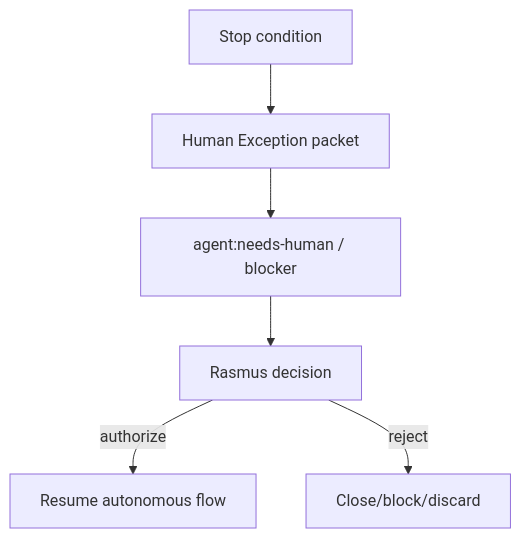
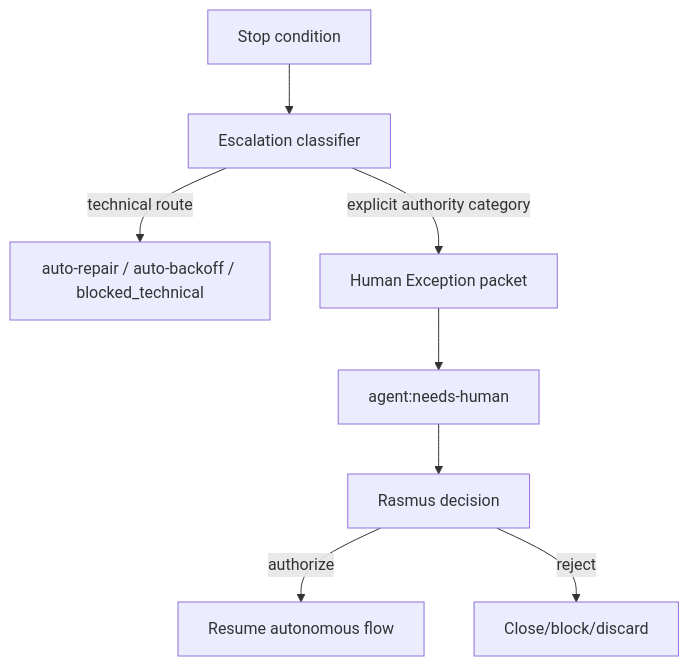
Before and after one commit to RasmusTho/agentic-pkm-mvp: diagram 23 of 23 in docs/development/BUILDER_SYSTEM_PROCESS_MAP.md, drawn with Mermaid. The commit also changed other lines of this file and 2 other files, not shown here.

Commit message:
Classify technical review stops before escalation

````diff
--- a/docs/development/BUILDER_SYSTEM_PROCESS_MAP.md
+++ b/docs/development/BUILDER_SYSTEM_PROCESS_MAP.md
@@ -815,8 +821,10 @@
 ```mermaid
 flowchart TD
-  Stop["Stop condition"] --> Packet["Human Exception packet"]
-  Packet --> Label["agent:needs-human / blocker"]
+  Stop["Stop condition"] --> Triage["Escalation classifier"]
+  Triage -->|technical route| Recover["auto-repair / auto-backoff / blocked_technical"]
+  Triage -->|explicit authority category| Packet["Human Exception packet"]
+  Packet --> Label["agent:needs-human"]
   Label --> Decision["Rasmus decision"]
   Decision -->|authorize| Resume["Resume autonomous flow"]
   Decision -->|reject| Close["Close/block/discard"]
 ```
````
